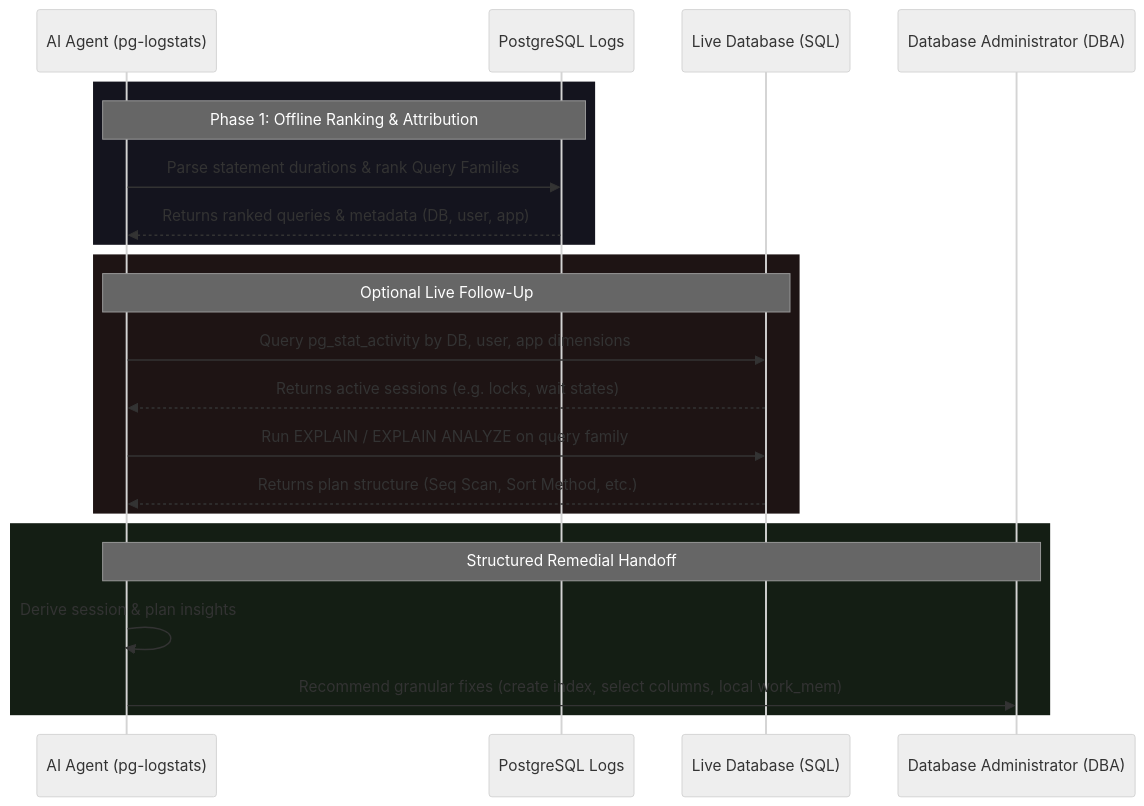
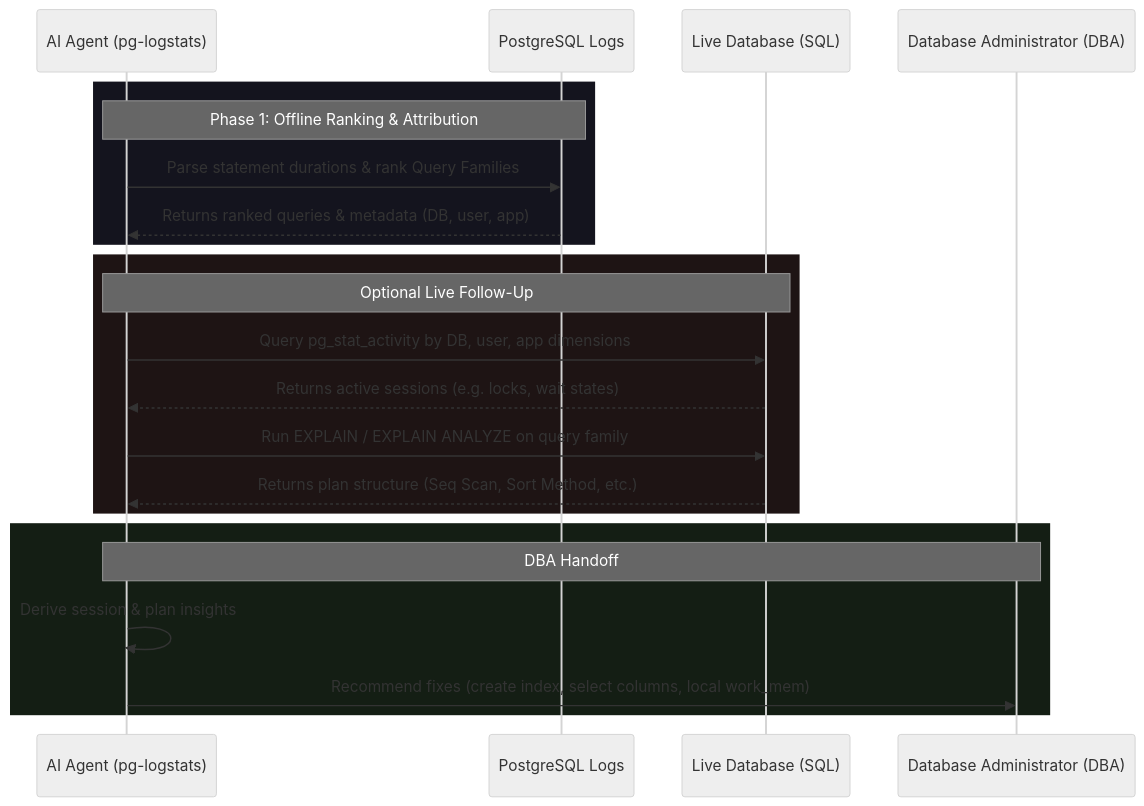
One commit to vrajat/pg-logstats changed the diagram in docs/user-guide/top-query-families.md. Above: the diagram before and after it, drawn with Mermaid (neutral theme). The commit also changed other lines of this file and 12 other files, not shown here.

````diff
--- a/docs/user-guide/top-query-families.md
+++ b/docs/user-guide/top-query-families.md
@@ -24,27 +24,27 @@
 ```mermaid
 sequenceDiagram
     participant Agent as AI Agent (pg-logstats)
     participant Logs as PostgreSQL Logs
     participant DB as Live Database (SQL)
     participant DBA as Database Administrator (DBA)
     
     rect rgb(20, 20, 30)
         Note over Agent, Logs: Phase 1: Offline Ranking & Attribution
         Agent->>Logs: Parse statement durations & rank Query Families
         Logs-->>Agent: Returns ranked queries & metadata (DB, user, app)
     end
     
     rect rgb(30, 20, 20)
         Note over Agent, DB: Optional Live Follow-Up
         Agent->>DB: Query pg_stat_activity by DB, user, app dimensions
         DB-->>Agent: Returns active sessions (e.g. locks, wait states)
         Agent->>DB: Run EXPLAIN / EXPLAIN ANALYZE on query family
         DB-->>Agent: Returns plan structure (Seq Scan, Sort Method, etc.)
     end
     
     rect rgb(20, 30, 20)
-        Note over Agent, DBA: Structured Remedial Handoff
+        Note over Agent, DBA: DBA Handoff
         Agent->>Agent: Derive session & plan insights
-        Agent->>DBA: Recommend granular fixes (create index, select columns, local work_mem)
+        Agent->>DBA: Recommend fixes (create index, select columns, local work_mem)
     end
 ```
````
